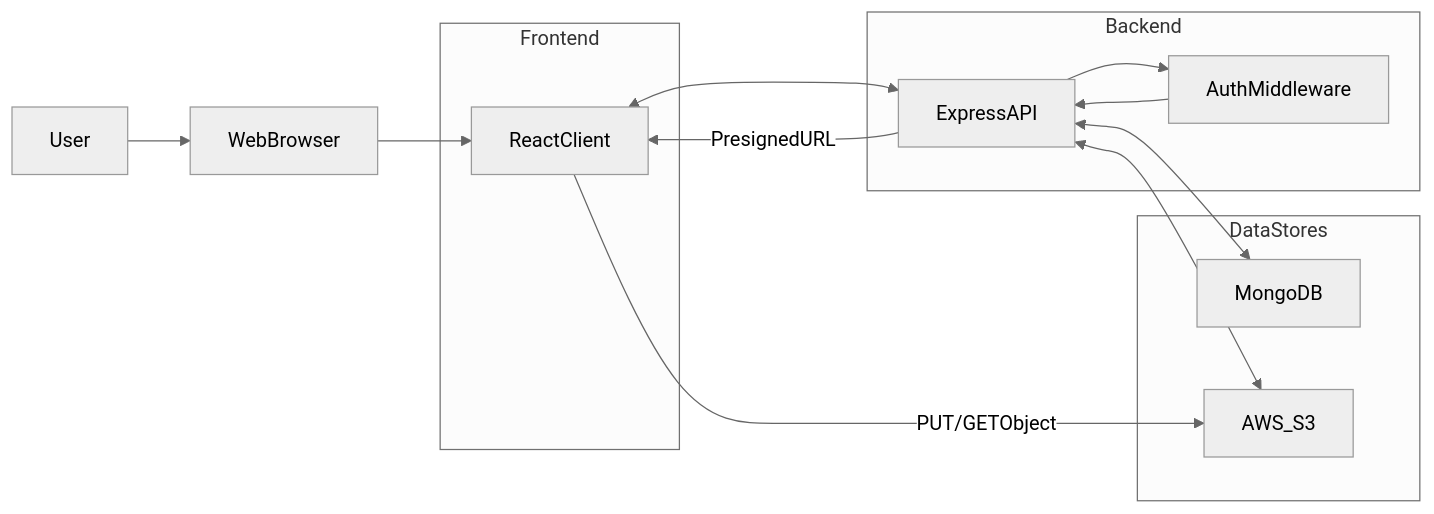
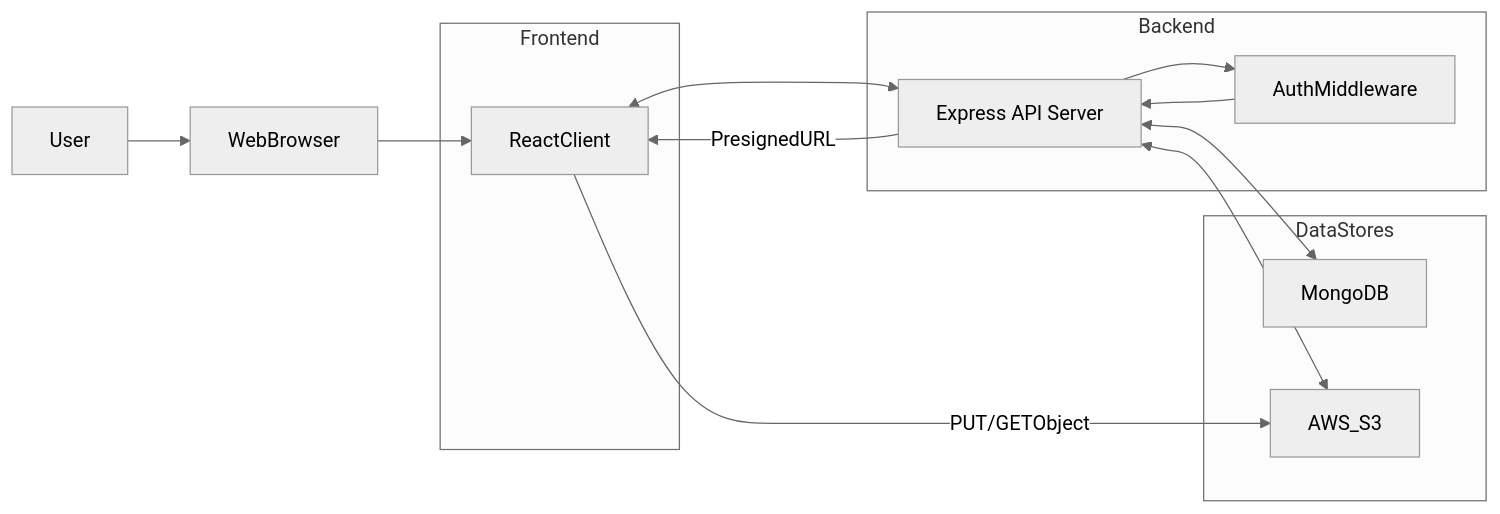
Before and after one commit to riteshbamola/Scalable-FIle-Upload-Service: the diagram in README.md, drawn with Mermaid (neutral theme). The commit also changed other lines of this file, not shown here.

````diff
--- a/README.md
+++ b/README.md
@@ -20,27 +31,27 @@
 ```mermaid
 flowchart LR
   User[User] --> Browser[WebBrowser]
   Browser --> Client[ReactClient]
 
   subgraph frontend [Frontend]
     Client
   end
 
   subgraph backend [Backend]
-    Api[ExpressAPI]
+    Api[Express API Server]
     Auth[AuthMiddleware]
   end
 
   subgraph data [DataStores]
     Mongo[MongoDB]
     S3[AWS_S3]
   end
 
   Client <--> Api
   Api --> Auth
   Auth --> Api
   Api <--> Mongo
   Api -->|"PresignedURL"| Client
   Client -->|"PUT/GETObject"| S3
   Api <--> S3
 ```
````
